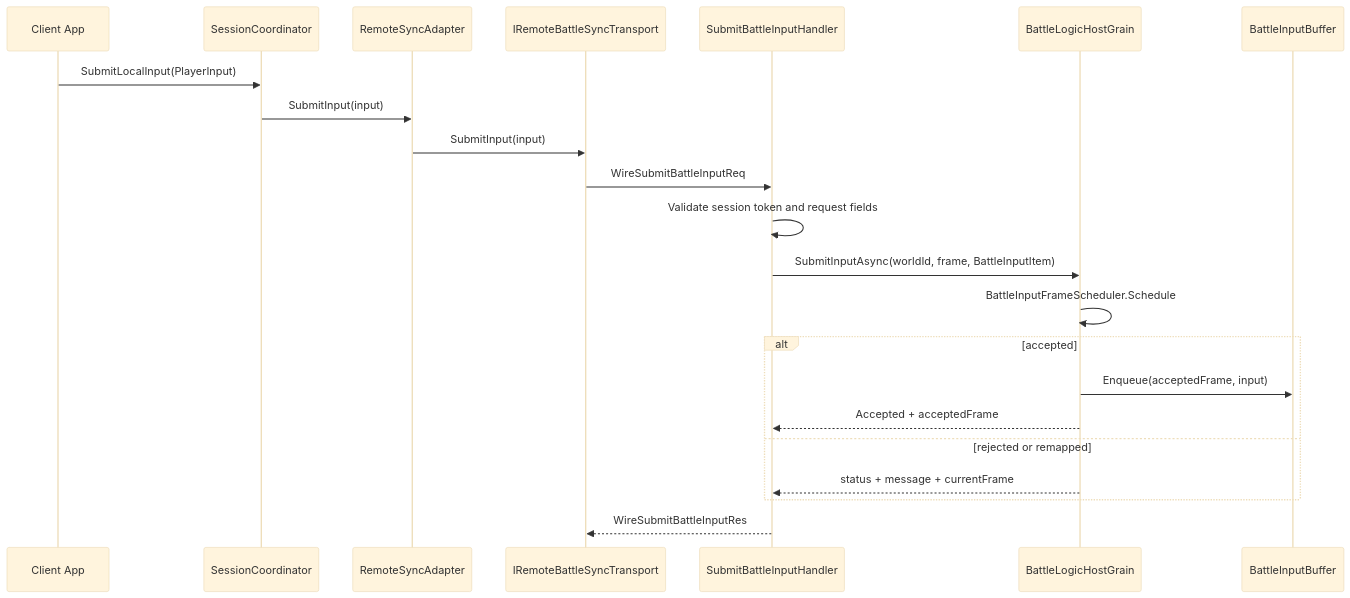
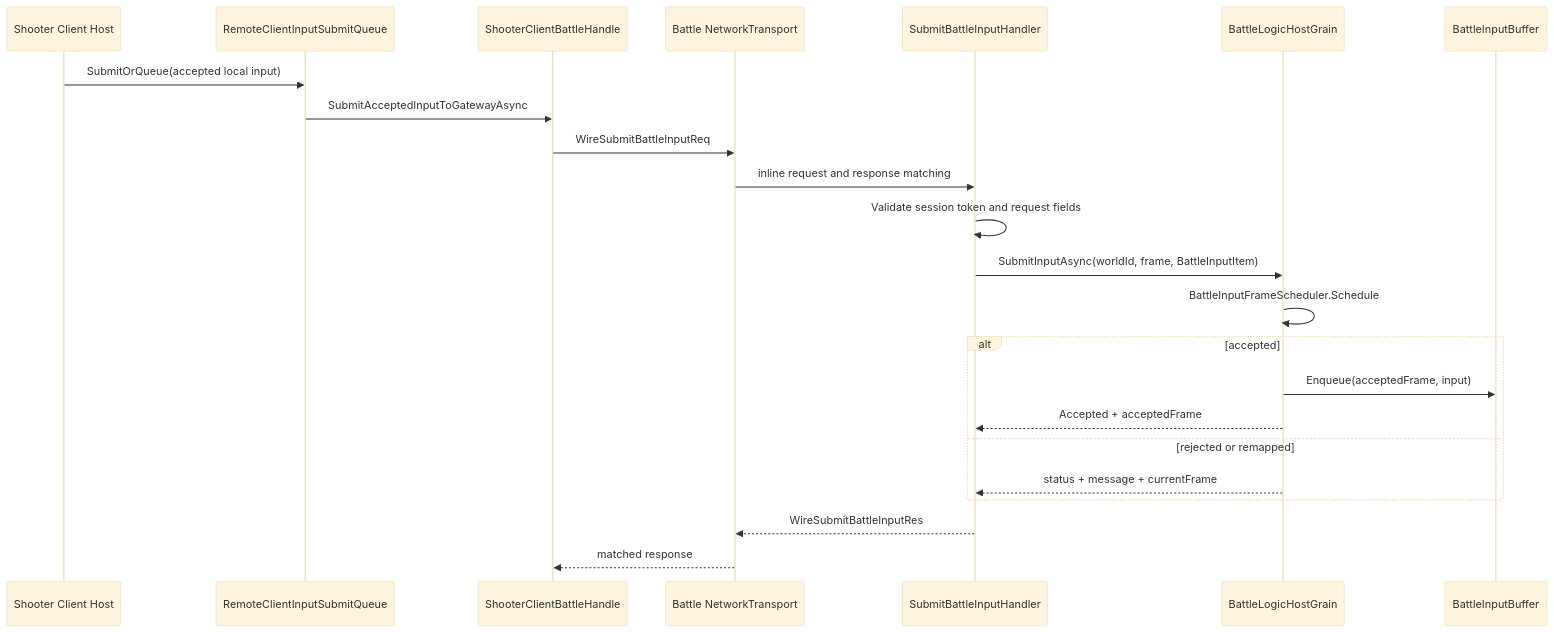
The fifth of 7 diagrams in Docs/design/07-NetworkSynchronization/00-SynchronizationCapabilityMap.md (HOBOBO/AbilityKit), drawn with Mermaid (base theme) before and after one commit. The commit also changed other lines of this file and 328 other files, not shown here.

````diff
--- a/Docs/design/07-NetworkSynchronization/00-SynchronizationCapabilityMap.md
+++ b/Docs/design/07-NetworkSynchronization/00-SynchronizationCapabilityMap.md
@@ -308,25 +274,26 @@
 ```mermaid
 sequenceDiagram
-    participant App as Client App
-    participant Coordinator as SessionCoordinator
-    participant Adapter as RemoteSyncAdapter
-    participant Transport as IRemoteBattleSyncTransport
+    participant App as Shooter Client Host
+    participant Queue as RemoteClientInputSubmitQueue
+    participant Handle as ShooterClientBattleHandle
+    participant Transport as Battle NetworkTransport
     participant Gateway as SubmitBattleInputHandler
     participant Battle as BattleLogicHostGrain
     participant Buffer as BattleInputBuffer
 
-    App->>Coordinator: SubmitLocalInput(PlayerInput)
-    Coordinator->>Adapter: SubmitInput(input)
-    Adapter->>Transport: SubmitInput(input)
-    Transport->>Gateway: WireSubmitBattleInputReq
+    App->>Queue: SubmitOrQueue(accepted local input)
+    Queue->>Handle: SubmitAcceptedInputToGatewayAsync
+    Handle->>Transport: WireSubmitBattleInputReq
+    Transport->>Gateway: inline request and response matching
     Gateway->>Gateway: Validate session token and request fields
     Gateway->>Battle: SubmitInputAsync(worldId, frame, BattleInputItem)
     Battle->>Battle: BattleInputFrameScheduler.Schedule
     alt accepted
         Battle->>Buffer: Enqueue(acceptedFrame, input)
         Battle-->>Gateway: Accepted + acceptedFrame
     else rejected or remapped
         Battle-->>Gateway: status + message + currentFrame
     end
     Gateway-->>Transport: WireSubmitBattleInputRes
+    Transport-->>Handle: matched response
 ```
````
